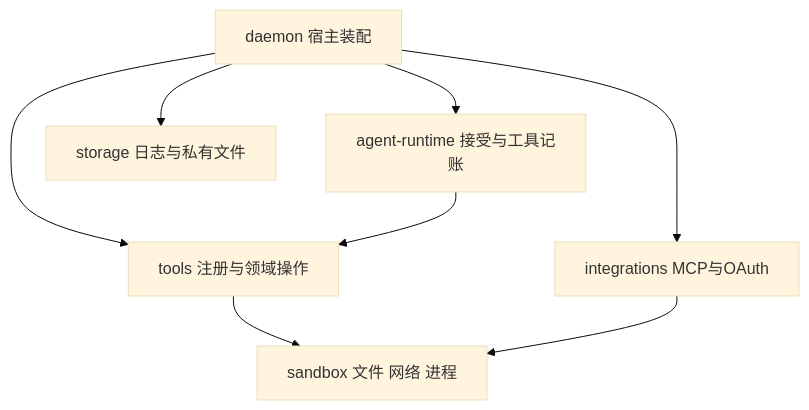
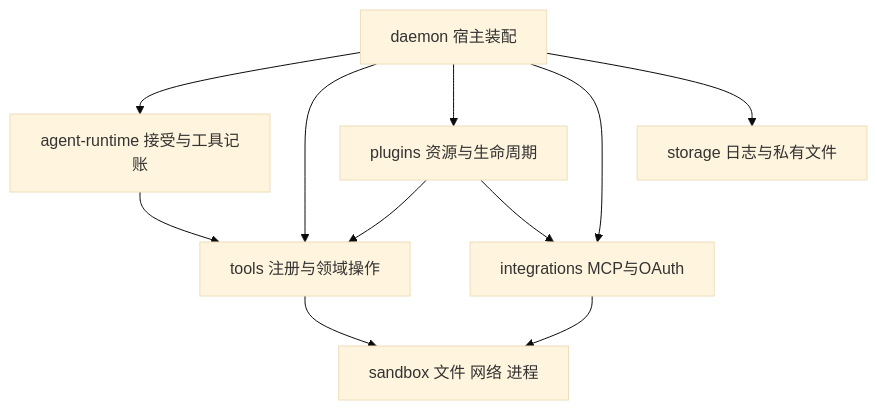
One commit to lxy980795277/my-pi-harness changed the diagram in docs/09_TECHNICAL/工具体系与沙箱.md. Above: the diagram before and after it, drawn with Mermaid (base theme). The commit also changed other lines of this file and 271 other files, not shown here.

````diff
--- a/docs/09_TECHNICAL/工具体系与沙箱.md
+++ b/docs/09_TECHNICAL/工具体系与沙箱.md
@@ -9,10 +9,13 @@
 ```mermaid
 flowchart TD
   Host[daemon 宿主装配] --> Runtime[agent-runtime 接受与工具记账]
   Host --> Tools[tools 注册与领域操作]
+  Host --> Plugins[plugins 资源与生命周期]
+  Plugins --> Tools
+  Plugins --> Integrations
   Host --> Integrations[integrations MCP与OAuth]
   Runtime --> Tools
   Tools --> Sandbox[sandbox 文件 网络 进程]
   Integrations --> Sandbox
   Host --> Storage[storage 日志与私有文件]
 ```
````
